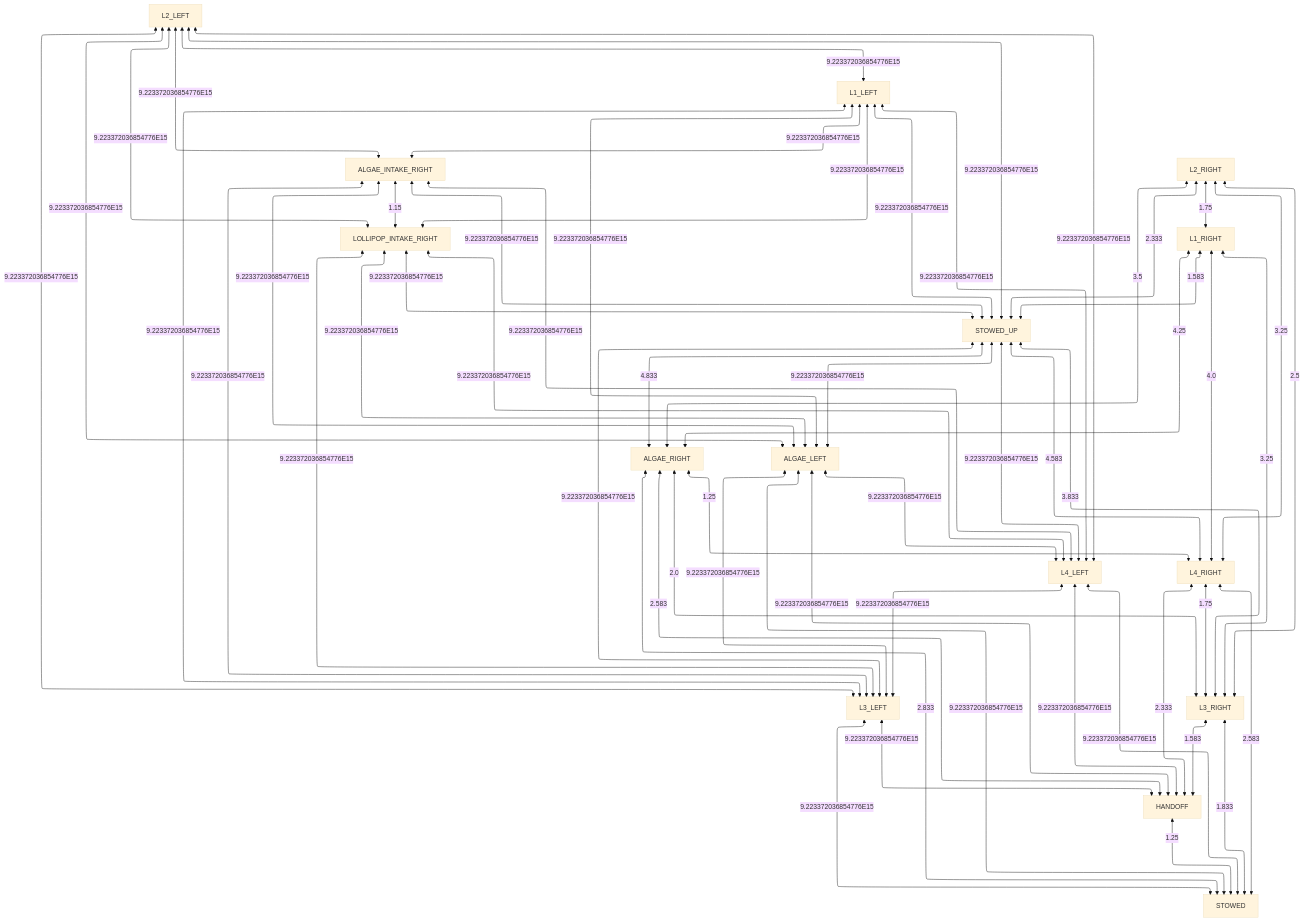
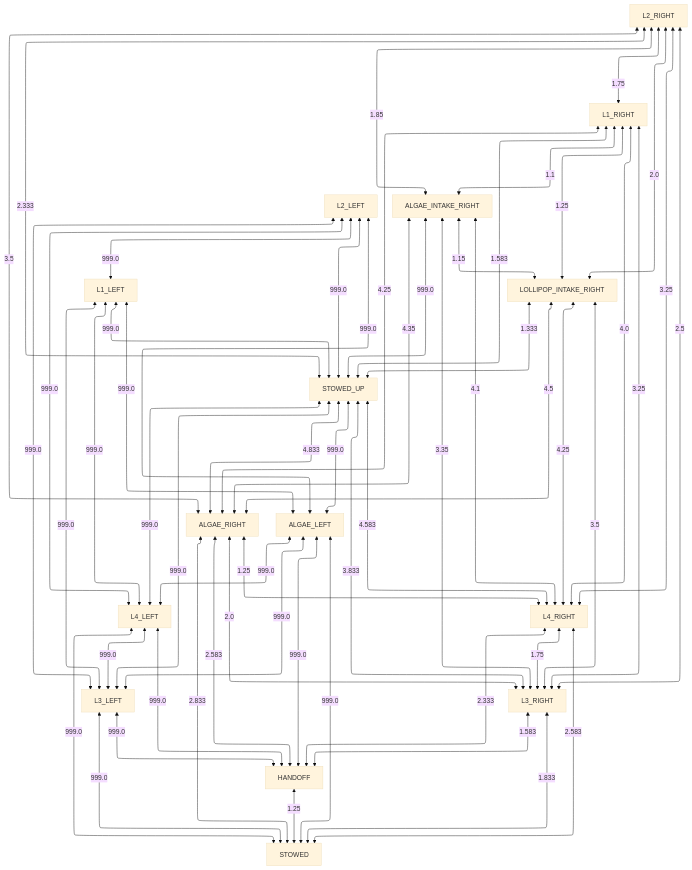
Before and after one commit to team581/offseason-2025-comp: the diagram in docs/collision_avoidance/left_obstructed.md, drawn with Mermaid (base theme). The commit also changed 3 other files, not shown here.

Commit message:
Improve output of graph visualizer for infinite cost edges

````diff
--- a/docs/collision_avoidance/left_obstructed.md
+++ b/docs/collision_avoidance/left_obstructed.md
@@ -3,61 +3,61 @@
 ```mermaid
 %%{ init: { "flowchart": { "defaultRenderer": "elk" } } }%%
 graph TD
 
 HANDOFF <-- 1.25 --> STOWED
-L3_LEFT <-- 9.223372036854776E15 --> STOWED
+L3_LEFT <-- 999.0 --> STOWED
 L3_RIGHT <-- 1.833 --> STOWED
-L4_LEFT <-- 9.223372036854776E15 --> STOWED
+L4_LEFT <-- 999.0 --> STOWED
 L4_RIGHT <-- 2.583 --> STOWED
 ALGAE_RIGHT <-- 2.833 --> STOWED
-ALGAE_LEFT <-- 9.223372036854776E15 --> STOWED
-L3_LEFT <-- 9.223372036854776E15 --> HANDOFF
+ALGAE_LEFT <-- 999.0 --> STOWED
+L3_LEFT <-- 999.0 --> HANDOFF
 L3_RIGHT <-- 1.583 --> HANDOFF
-L4_LEFT <-- 9.223372036854776E15 --> HANDOFF
+L4_LEFT <-- 999.0 --> HANDOFF
 L4_RIGHT <-- 2.333 --> HANDOFF
-ALGAE_LEFT <-- 9.223372036854776E15 --> HANDOFF
+ALGAE_LEFT <-- 999.0 --> HANDOFF
 ALGAE_RIGHT <-- 2.583 --> HANDOFF
-STOWED_UP <-- 9.223372036854776E15 --> L3_LEFT
-ALGAE_INTAKE_RIGHT <-- 9.223372036854776E15 --> L3_LEFT
-LOLLIPOP_INTAKE_RIGHT <-- 9.223372036854776E15 --> L3_LEFT
-L1_LEFT <-- 9.223372036854776E15 --> L3_LEFT
-L2_LEFT <-- 9.223372036854776E15 --> L3_LEFT
-L4_LEFT <-- 9.223372036854776E15 --> L3_LEFT
-ALGAE_LEFT <-- 9.223372036854776E15 --> L3_LEFT
+STOWED_UP <-- 999.0 --> L3_LEFT
+L1_LEFT <-- 999.0 --> L3_LEFT
+L2_LEFT <-- 999.0 --> L3_LEFT
+L4_LEFT <-- 999.0 --> L3_LEFT
+ALGAE_LEFT <-- 999.0 --> L3_LEFT
 STOWED_UP <-- 3.833 --> L3_RIGHT
+ALGAE_INTAKE_RIGHT <-- 3.35 --> L3_RIGHT
+LOLLIPOP_INTAKE_RIGHT <-- 3.5 --> L3_RIGHT
 L1_RIGHT <-- 3.25 --> L3_RIGHT
 L2_RIGHT <-- 2.5 --> L3_RIGHT
 L4_RIGHT <-- 1.75 --> L3_RIGHT
 ALGAE_RIGHT <-- 2.0 --> L3_RIGHT
-STOWED_UP <-- 9.223372036854776E15 --> L4_LEFT
-ALGAE_INTAKE_RIGHT <-- 9.223372036854776E15 --> L4_LEFT
-LOLLIPOP_INTAKE_RIGHT <-- 9.223372036854776E15 --> L4_LEFT
-L1_LEFT <-- 9.223372036854776E15 --> L4_LEFT
-L2_LEFT <-- 9.223372036854776E15 --> L4_LEFT
-ALGAE_LEFT <-- 9.223372036854776E15 --> L4_LEFT
+STOWED_UP <-- 999.0 --> L4_LEFT
+L1_LEFT <-- 999.0 --> L4_LEFT
+L2_LEFT <-- 999.0 --> L4_LEFT
+ALGAE_LEFT <-- 999.0 --> L4_LEFT
 STOWED_UP <-- 4.583 --> L4_RIGHT
+ALGAE_INTAKE_RIGHT <-- 4.1 --> L4_RIGHT
+LOLLIPOP_INTAKE_RIGHT <-- 4.25 --> L4_RIGHT
 L1_RIGHT <-- 4.0 --> L4_RIGHT
 L2_RIGHT <-- 3.25 --> L4_RIGHT
 ALGAE_RIGHT <-- 1.25 --> L4_RIGHT
 STOWED_UP <-- 4.833 --> ALGAE_RIGHT
+ALGAE_INTAKE_RIGHT <-- 4.35 --> ALGAE_RIGHT
+LOLLIPOP_INTAKE_RIGHT <-- 4.5 --> ALGAE_RIGHT
 L1_RIGHT <-- 4.25 --> ALGAE_RIGHT
 L2_RIGHT <-- 3.5 --> ALGAE_RIGHT
-STOWED_UP <-- 9.223372036854776E15 --> ALGAE_LEFT
-ALGAE_INTAKE_RIGHT <-- 9.223372036854776E15 --> ALGAE_LEFT
-LOLLIPOP_INTAKE_RIGHT <-- 9.223372036854776E15 --> ALGAE_LEFT
-L1_LEFT <-- 9.223372036854776E15 --> ALGAE_LEFT
-L2_LEFT <-- 9.223372036854776E15 --> ALGAE_LEFT
-LOLLIPOP_INTAKE_RIGHT <-- 9.223372036854776E15 --> STOWED_UP
-ALGAE_INTAKE_RIGHT <-- 9.223372036854776E15 --> STOWED_UP
-L1_LEFT <-- 9.223372036854776E15 --> STOWED_UP
-L2_LEFT <-- 9.223372036854776E15 --> STOWED_UP
+STOWED_UP <-- 999.0 --> ALGAE_LEFT
+L1_LEFT <-- 999.0 --> ALGAE_LEFT
+L2_LEFT <-- 999.0 --> ALGAE_LEFT
+LOLLIPOP_INTAKE_RIGHT <-- 1.333 --> STOWED_UP
+ALGAE_INTAKE_RIGHT <-- 999.0 --> STOWED_UP
+L1_LEFT <-- 999.0 --> STOWED_UP
+L2_LEFT <-- 999.0 --> STOWED_UP
 L1_RIGHT <-- 1.583 --> STOWED_UP
 L2_RIGHT <-- 2.333 --> STOWED_UP
 ALGAE_INTAKE_RIGHT <-- 1.15 --> LOLLIPOP_INTAKE_RIGHT
-L1_LEFT <-- 9.223372036854776E15 --> LOLLIPOP_INTAKE_RIGHT
-L2_LEFT <-- 9.223372036854776E15 --> LOLLIPOP_INTAKE_RIGHT
-L1_LEFT <-- 9.223372036854776E15 --> ALGAE_INTAKE_RIGHT
-L2_LEFT <-- 9.223372036854776E15 --> ALGAE_INTAKE_RIGHT
-L2_LEFT <-- 9.223372036854776E15 --> L1_LEFT
+L1_RIGHT <-- 1.25 --> LOLLIPOP_INTAKE_RIGHT
+L2_RIGHT <-- 2.0 --> LOLLIPOP_INTAKE_RIGHT
+L1_RIGHT <-- 1.1 --> ALGAE_INTAKE_RIGHT
+L2_RIGHT <-- 1.85 --> ALGAE_INTAKE_RIGHT
+L2_LEFT <-- 999.0 --> L1_LEFT
 L2_RIGHT <-- 1.75 --> L1_RIGHT
 ```
````
